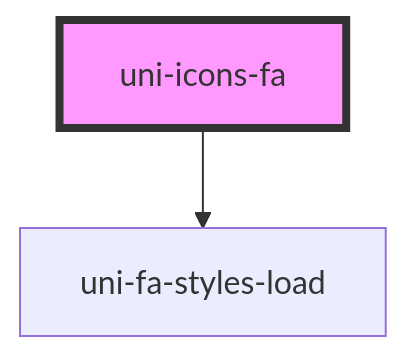
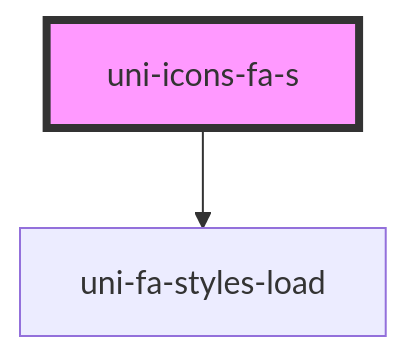
The diagram in src/components/icons-fa/solid/@element/readme.md (uiwebkit/icons), drawn with Mermaid before and after one commit. The commit also changed 61 other files, not shown here.

````diff
--- a/src/components/icons-fa/solid/@element/readme.md
+++ b/src/components/icons-fa/solid/@element/readme.md
@@ -29,5 +29,5 @@
 ```mermaid
 graph TD;
-  uni-icons-fa --> uni-fa-styles-load
-  style uni-icons-fa fill:#f9f,stroke:#333,stroke-width:4px
+  uni-icons-fa-s --> uni-fa-styles-load
+  style uni-icons-fa-s fill:#f9f,stroke:#333,stroke-width:4px
 ```
````
